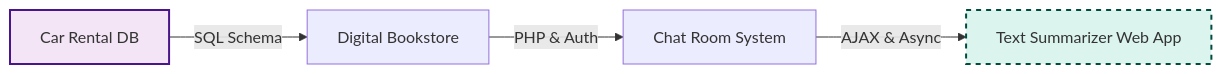
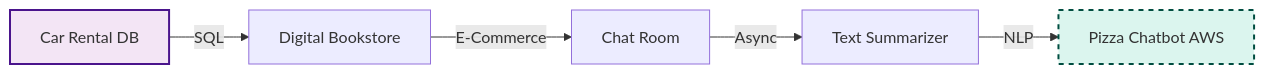
One commit to Amey-Thakur/RESEARCHGATE changed the second of 3 diagrams in README.md. Above: the diagram before and after it, drawn with Mermaid. The commit also changed other lines of this file, not shown here.

````diff
--- a/README.md
+++ b/README.md
@@ -107,9 +106,10 @@
 ```mermaid
 graph LR
-    A[Car Rental DB] -->|SQL Schema| B[Digital Bookstore]
-    B -->|PHP & Auth| C[Chat Room System]
-    C -->|AJAX & Async| D[Text Summarizer Web App]
+    A[Car Rental DB] -->|SQL| B[Digital Bookstore]
+    B -->|E-Commerce| C[Chat Room]
+    C -->|Async| D[Text Summarizer]
+    D -->|NLP| E[Pizza Chatbot AWS]
     
     style A fill:#f3e5f5,stroke:#4a148c,stroke-width:2px
-    style D fill:#dbf5ee,stroke:#004d40,stroke-width:2px,stroke-dasharray: 5 5
+    style E fill:#dbf5ee,stroke:#004d40,stroke-width:2px,stroke-dasharray: 5 5
 ```
````
